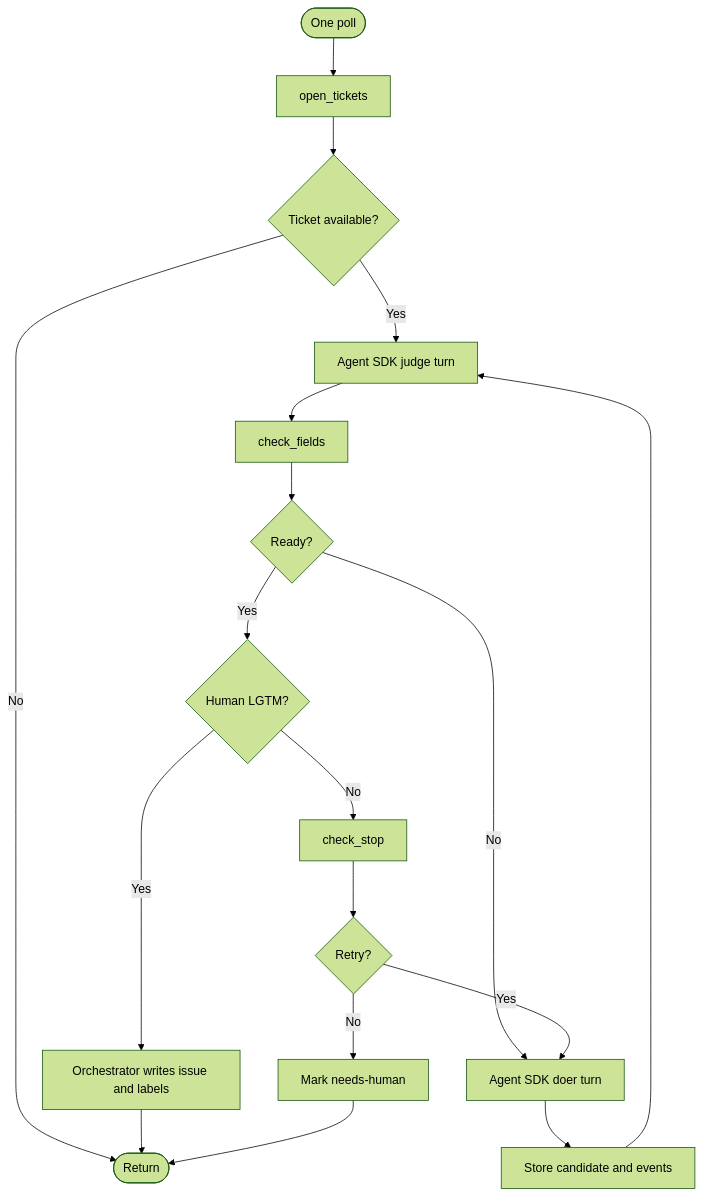
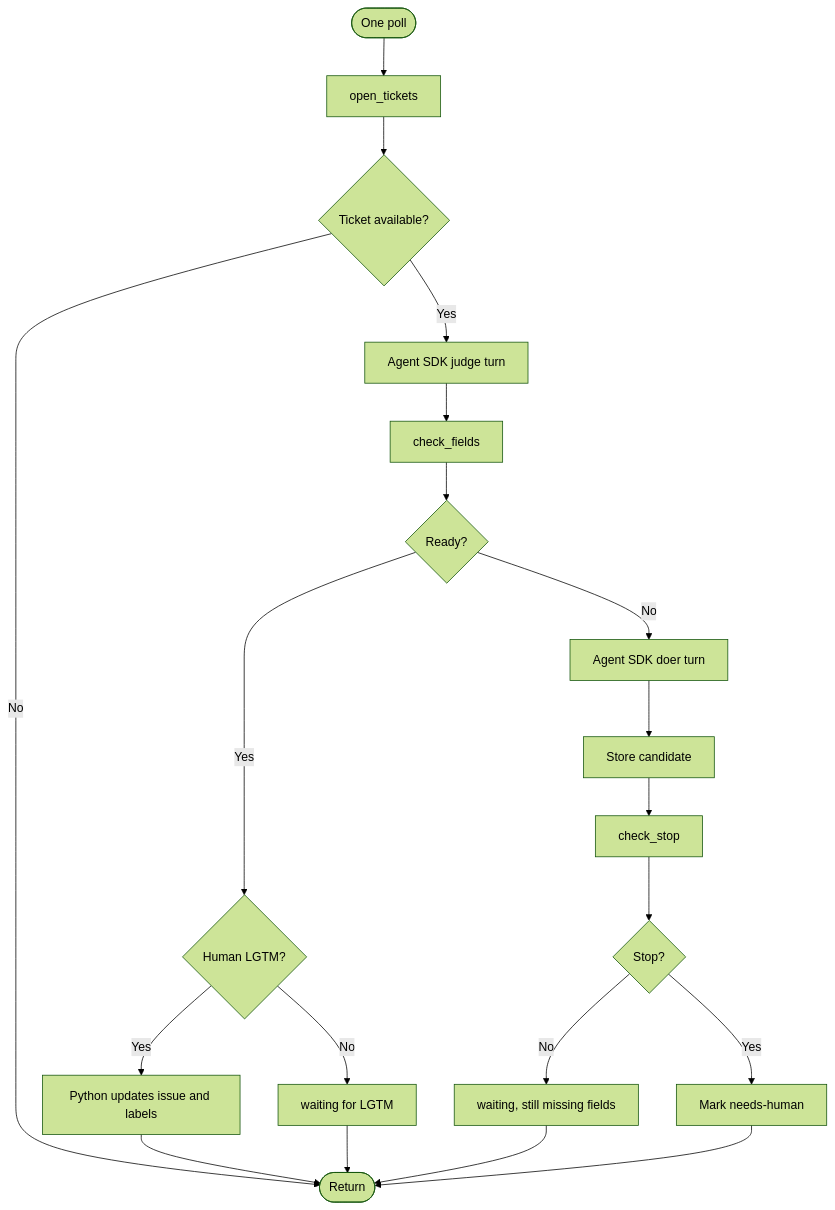
Before and after one commit to RichardHightower/reliable-agentic-lab: the diagram in solutions/sol1_enhancer_agent_sdk/docs/diagrams/workflow.mmd, drawn with Mermaid (forest theme). The commit also changed 97 other files, not shown here.

First line of the commit message:
docs(sol1): Substack articles, diagrams, and tables for the three ports (#295)

```diff
--- a/solutions/sol1_enhancer_agent_sdk/docs/diagrams/workflow.mmd
+++ b/solutions/sol1_enhancer_agent_sdk/docs/diagrams/workflow.mmd
@@ -1,18 +1,20 @@
 flowchart TD
     Start([One poll]) --> Open["open_tickets"]
     Open --> Choose{"Ticket available?"}
     Choose -- No --> End([Return])
     Choose -- Yes --> Inspect["Agent SDK judge turn"]
     Inspect --> Fields["check_fields"]
     Fields --> Ready{"Ready?"}
+    Ready -- Yes --> LGTM{"Human LGTM?"}
+    LGTM -- Yes --> Publish["Python updates issue and labels"]
+    LGTM -- No --> Wait["waiting for LGTM"]
     Ready -- No --> Candidate["Agent SDK doer turn"]
-    Candidate --> Persist["Store candidate and events"]
-    Persist --> Inspect
-    Ready -- Yes --> LGTM{"Human LGTM?"}
-    LGTM -- Yes --> Publish["Orchestrator writes issue and labels"]
-    LGTM -- No --> Gate["check_stop"]
-    Gate --> Decision{"Retry?"}
-    Decision -- Yes --> Candidate
-    Decision -- No --> Escalate["Mark needs-human"]
+    Candidate --> Persist["Store candidate"]
+    Persist --> Gate["check_stop"]
+    Gate --> Decision{"Stop?"}
+    Decision -- No --> Wait2["waiting, still missing fields"]
+    Decision -- Yes --> Escalate["Mark needs-human"]
     Publish --> End
+    Wait --> End
+    Wait2 --> End
     Escalate --> End
```
